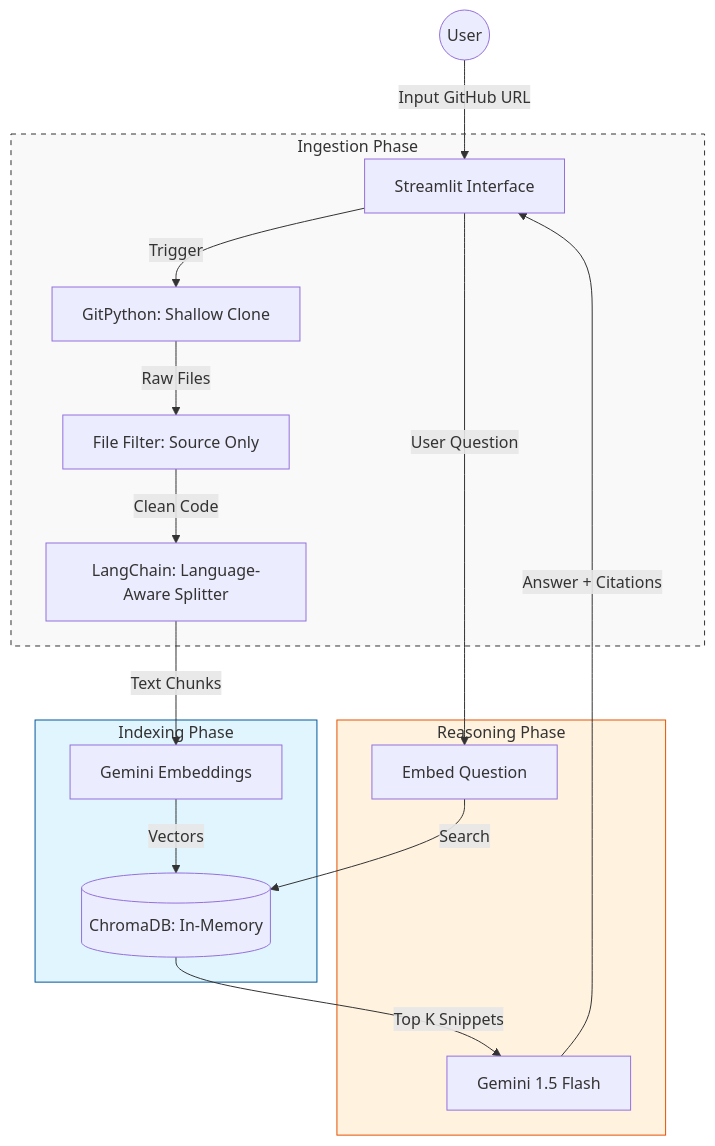
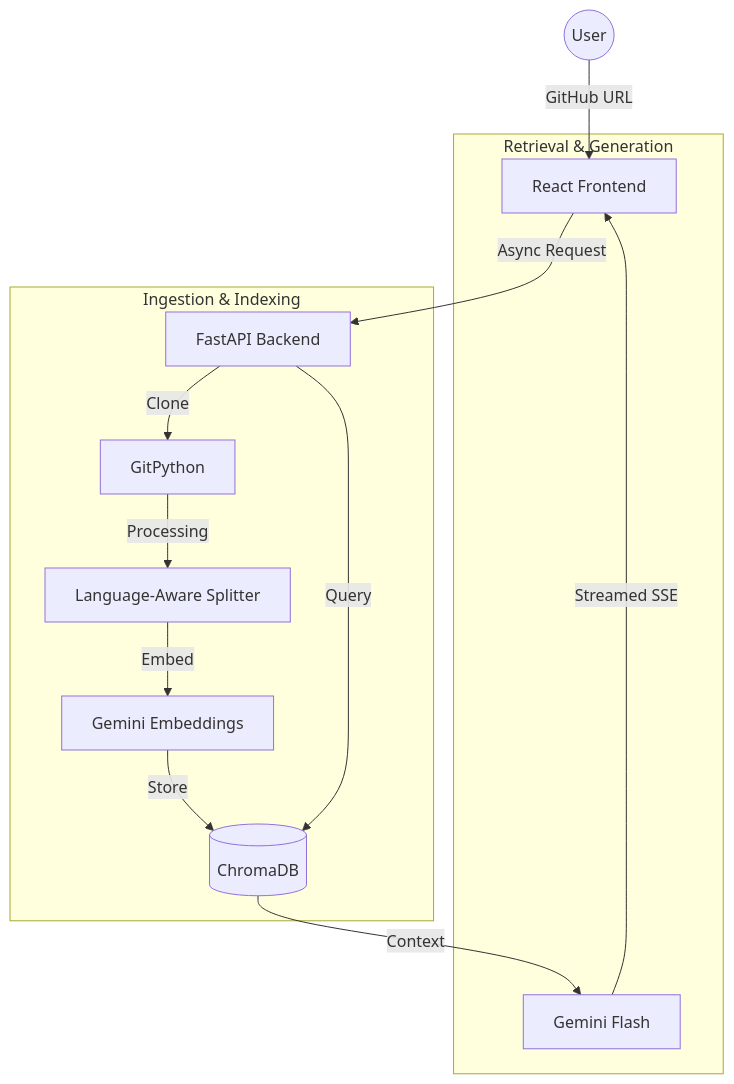
Before and after one commit to ajayaradhya/code-lens-ai: the diagram in README.md, drawn with Mermaid. The commit also changed other lines of this file, not shown here.

````diff
--- a/README.md
+++ b/README.md
@@ -36,31 +57,18 @@
 ```mermaid
 graph TD
-    %% User Interaction
-    User((User)) -->|Input GitHub URL| UI[Streamlit Interface]
-    
-    %% Ingestion Phase
-    subgraph Ingestion_Pipeline [Ingestion Phase]
-        UI -->|Trigger| Git[GitPython: Shallow Clone]
-        Git -->|Raw Files| Filter[File Filter: Source Only]
-        Filter -->|Clean Code| Chunk[LangChain: Language-Aware Splitter]
+    User((User)) -->|GitHub URL| UI[React Frontend]
+    UI -->|Async Request| API[FastAPI Backend]
+
+    subgraph Ingestion [Ingestion & Indexing]
+        API -->|Clone| Git[GitPython]
+        Git -->|Processing| Split[Language-Aware Splitter]
+        Split -->|Embed| GEM[Gemini Embeddings]
+        GEM -->|Store| DB[(ChromaDB)]
     end
 
-    %% Vectorization Phase
-    subgraph Vector_DB [Indexing Phase]
-        Chunk -->|Text Chunks| Embed[Gemini Embeddings]
-        Embed -->|Vectors| Chroma[(ChromaDB: In-Memory)]
+    subgraph Retrieval [Retrieval & Generation]
+        API -->|Query| DB
+        DB -->|Context| LLM[Gemini Flash]
+        LLM -->|Streamed SSE| UI
     end
-
-    %% Query Phase
-    subgraph Query_Phase [Reasoning Phase]
-        UI -->|User Question| QEmbed[Embed Question]
-        QEmbed -->|Search| Chroma
-        Chroma -->|Top K Snippets| LLM[Gemini 1.5 Flash]
-        LLM -->|Answer + Citations| UI
-    end
-
-    %% Styling
-    style Ingestion_Pipeline fill:#f9f9f9,stroke:#333,stroke-dasharray: 5 5
-    style Vector_DB fill:#e1f5fe,stroke:#01579b
-    style Query_Phase fill:#fff3e0,stroke:#e65100
 ```
````
